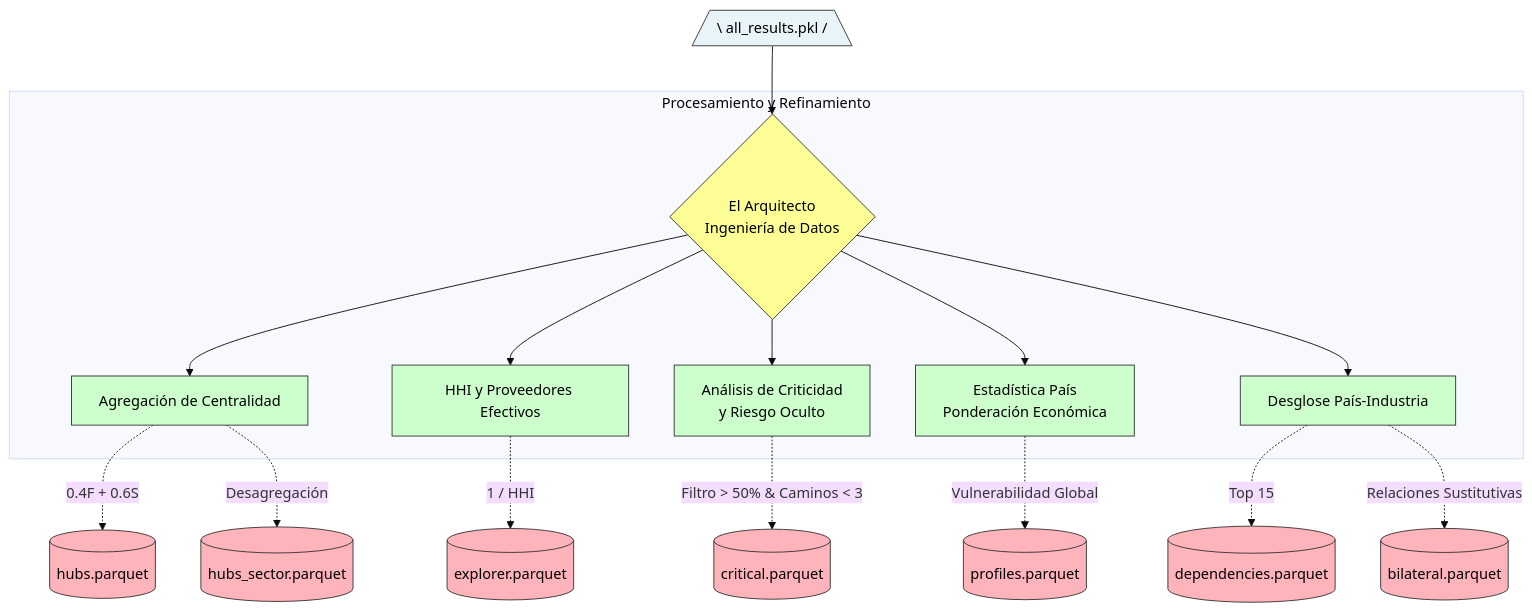
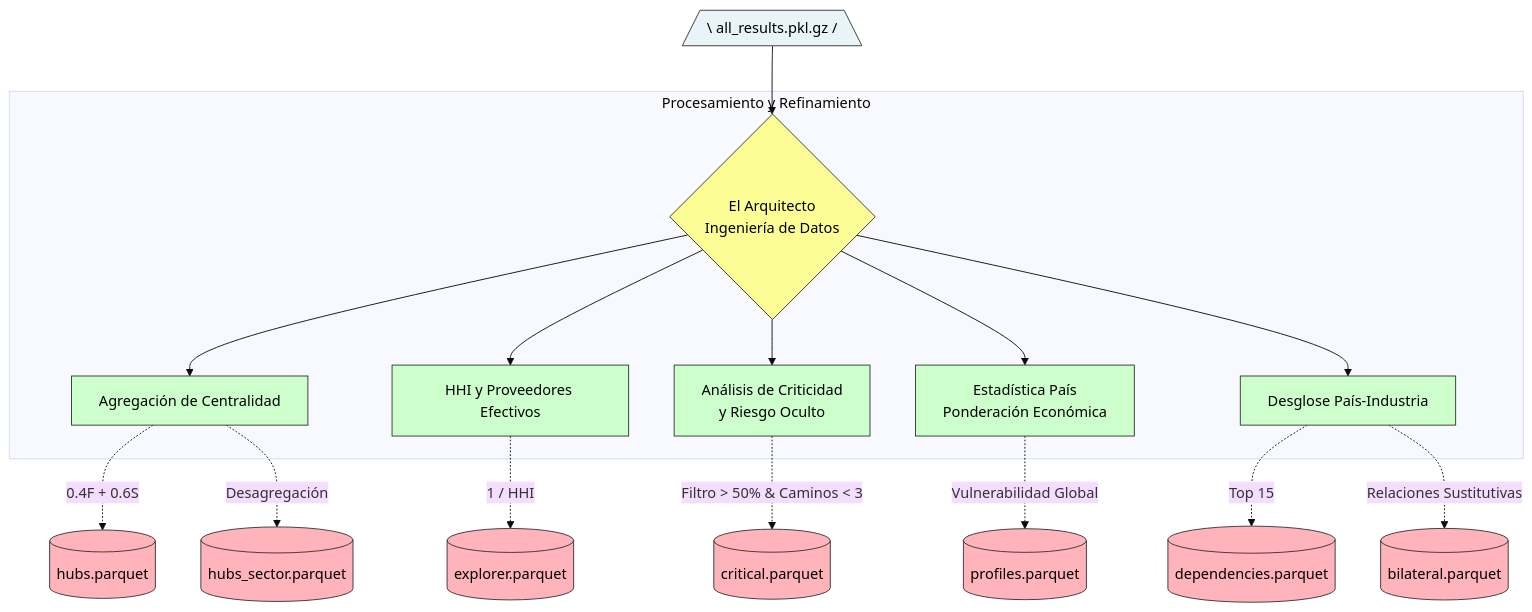
The fourth of 7 diagrams in README.md (mhidper/Seguridad-Economica), drawn with Mermaid (base theme) before and after one commit. The commit also changed other lines of this file and 1 other file, not shown here.

Commit message:
feat: compress master result files to .pkl.gz and add project documentation for data management and analysis pipelines

````diff
--- a/README.md
+++ b/README.md
@@ -240,27 +240,27 @@
 ```mermaid
 graph TD
     classDef in fill:#e8f4f8,stroke:#333,stroke-width:1px,color:#000
     classDef proc fill:#fdfd96,stroke:#333,stroke-width:1px,color:#000
     classDef func fill:#ccffcc,stroke:#333,stroke-width:1px,color:#000
     classDef out fill:#ffb3ba,stroke:#333,stroke-width:1px,color:#000
 
-    A[/\ all_results.pkl /\]:::in --> B{El Arquitecto<br/>Ingeniería de Datos}:::proc
+    A[/\ all_results.pkl.gz /\]:::in --> B{El Arquitecto<br/>Ingeniería de Datos}:::proc
     
     subgraph Procesamiento y Refinamiento
         B --> C[Agregación de Centralidad]:::func
         B --> D[HHI y Proveedores Efectivos]:::func
         B --> E[Análisis de Criticidad<br/>y Riesgo Oculto]:::func
         B --> F[Estadística País<br/>Ponderación Económica]:::func
         B --> J[Desglose País-Industria]:::func
     end
 
     C -.->|0.4F + 0.6S| G[(hubs.parquet)]:::out
     C -.->|Desagregación| G2[(hubs_sector.parquet)]:::out
     E -.->|Filtro > 50% & Caminos < 3| H[(critical.parquet)]:::out
     D -.->|1 / HHI| I[(explorer.parquet)]:::out
     
     J -.->|Top 15| K[(dependencies.parquet)]:::out
     J -.->|Relaciones Sustitutivas| L[(bilateral.parquet)]:::out
     
     F -.->|Vulnerabilidad Global| M[(profiles.parquet)]:::out
 ```
````
